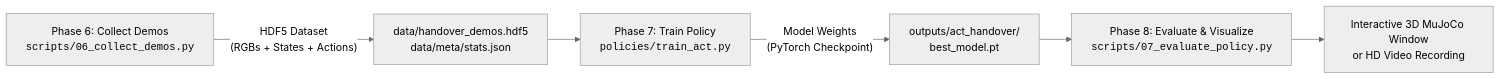
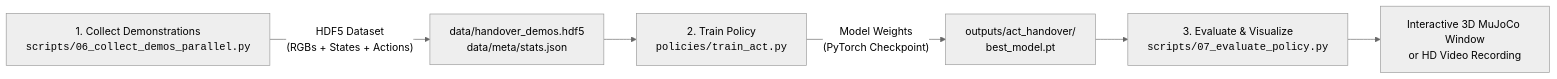
One commit to Digvijay2347/Robotic-Pick-and-Handover-System changed the diagram in PIPELINE_GUIDE.md. Above: the diagram before and after it, drawn with Mermaid (neutral theme). The commit also changed other lines of this file and 12 other files, not shown here.

````diff
--- a/PIPELINE_GUIDE.md
+++ b/PIPELINE_GUIDE.md
@@ -10,8 +10,8 @@
 ```mermaid
 flowchart LR
-    P6["Phase 6: Collect Demos<br/><code>scripts/06_collect_demos.py</code>"] -->|"HDF5 Dataset<br/>(RGBs + States + Actions)"| DATA["data/handover_demos.hdf5<br/>data/meta/stats.json"]
-    DATA --> P7["Phase 7: Train Policy<br/><code>policies/train_act.py</code>"]
+    P6["1. Collect Demonstrations<br/><code>scripts/06_collect_demos_parallel.py</code>"] -->|"HDF5 Dataset<br/>(RGBs + States + Actions)"| DATA["data/handover_demos.hdf5<br/>data/meta/stats.json"]
+    DATA --> P7["2. Train Policy<br/><code>policies/train_act.py</code>"]
     P7 -->|"Model Weights<br/>(PyTorch Checkpoint)"| PT["outputs/act_handover/<br/>best_model.pt"]
-    PT --> P8["Phase 8: Evaluate & Visualize<br/><code>scripts/07_evaluate_policy.py</code>"]
+    PT --> P8["3. Evaluate & Visualize<br/><code>scripts/07_evaluate_policy.py</code>"]
     P8 --> VIEW["Interactive 3D MuJoCo Window<br/>or HD Video Recording"]
 ```
````
